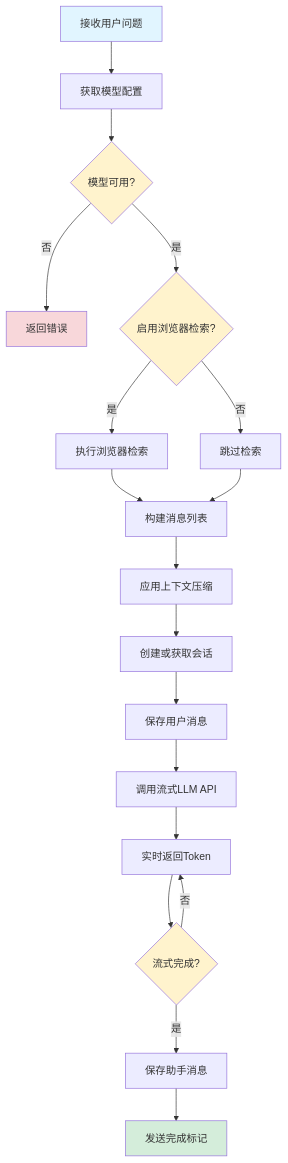
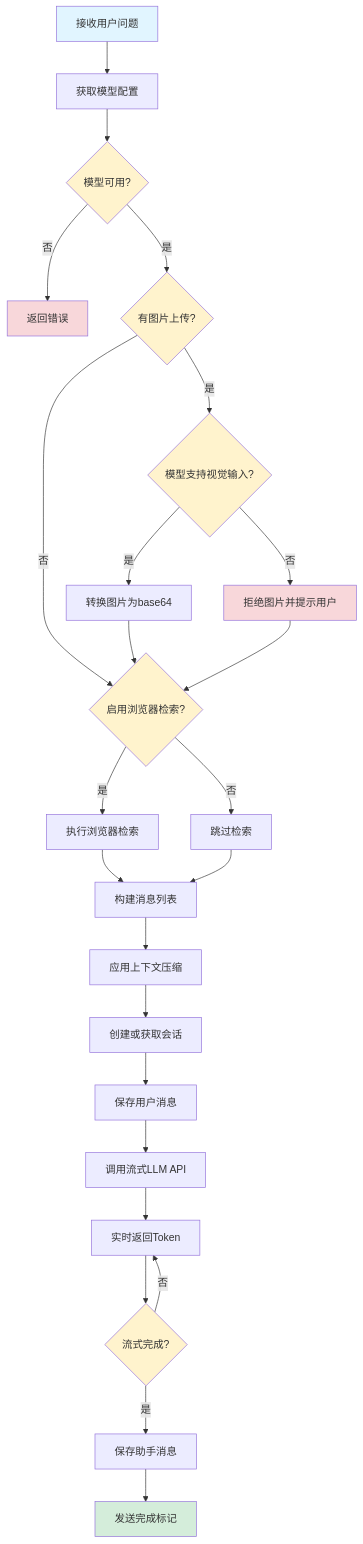
One commit to NanoAgentCode/DifyApp changed the third of 5 diagrams in backend/doc/6.智能问答功能设计文档.md. Above: the diagram before and after it, drawn with Mermaid. The commit also changed other lines of this file and 1 other file, not shown here.

Commit message:
增强知识库功能，集成OCR服务以支持图片和PDF文件的文字识别，同时优化文档上传和处理流程，确保对多种文档格式的全面支持。更新相关架构图和功能描述以反映新特性。

````diff
--- a/backend/doc/6.智能问答功能设计文档.md
+++ b/backend/doc/6.智能问答功能设计文档.md
@@ -289,27 +333,36 @@
 ```mermaid
 flowchart TD
     A[接收用户问题] --> B[获取模型配置]
     B --> C{模型可用?}
     C -->|否| D[返回错误]
-    C -->|是| E{启用浏览器检索?}
-    E -->|是| F[执行浏览器检索]
-    E -->|否| G[跳过检索]
-    F --> H[构建消息列表]
-    G --> H
-    H --> I[应用上下文压缩]
-    I --> J[创建或获取会话]
-    J --> K[保存用户消息]
-    K --> L[调用流式LLM API]
-    L --> M[实时返回Token]
-    M --> N{流式完成?}
-    N -->|否| M
-    N -->|是| O[保存助手消息]
-    O --> P[发送完成标记]
+    C -->|是| E{有图片上传?}
+    E -->|是| F{模型支持视觉输入?}
+    E -->|否| I{启用浏览器检索?}
+    F -->|是| G[转换图片为base64]
+    F -->|否| H[拒绝图片并提示用户]
+    G --> I
+    H --> I
+    I -->|是| J[执行浏览器检索]
+    I -->|否| K[跳过检索]
+    J --> L[构建消息列表]
+    K --> L
+    L --> M[应用上下文压缩]
+    M --> N[创建或获取会话]
+    N --> O[保存用户消息]
+    O --> P[调用流式LLM API]
+    P --> Q[实时返回Token]
+    Q --> R{流式完成?}
+    R -->|否| Q
+    R -->|是| S[保存助手消息]
+    S --> T[发送完成标记]
     
     style A fill:#e1f5ff
-    style P fill:#d4edda
+    style T fill:#d4edda
     style C fill:#fff3cd
     style E fill:#fff3cd
+    style F fill:#fff3cd
+    style I fill:#fff3cd
+    style R fill:#fff3cd
     style D fill:#f8d7da
-    style N fill:#fff3cd
+    style H fill:#f8d7da
 ```
````
